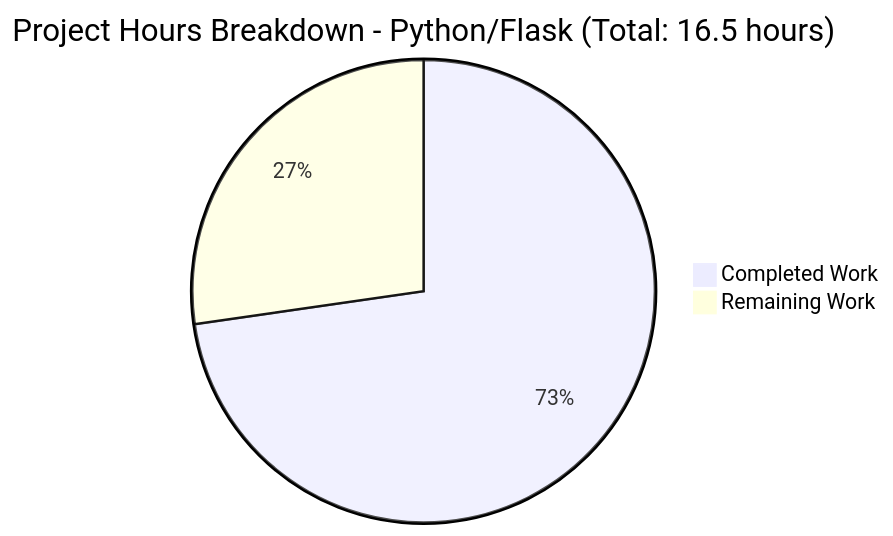
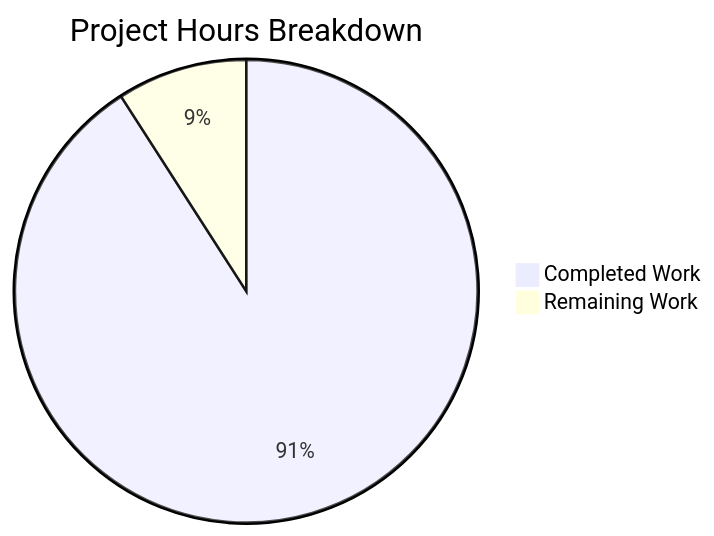
One commit to blitzytest02/10oct_5 changed the diagram in blitzy/documentation/Project Guide.md. Above: the diagram before and after it, drawn with Mermaid. The commit also changed other lines of this file, not shown here.

Commit message:
Adding Blitzy Project Guide: Project Status and Human Tasks Remaining

````diff
--- a/blitzy/documentation/Project Guide.md
+++ b/blitzy/documentation/Project Guide.md
@@ -101,5 +50,5 @@
 ```mermaid
-pie title Project Hours Breakdown - Python/Flask (Total: 16.5 hours)
-    "Completed Work" : 12
-    "Remaining Work" : 4.5
+pie title Project Hours Breakdown
+    "Completed Work" : 5
+    "Remaining Work" : 0.5
 ```
````
